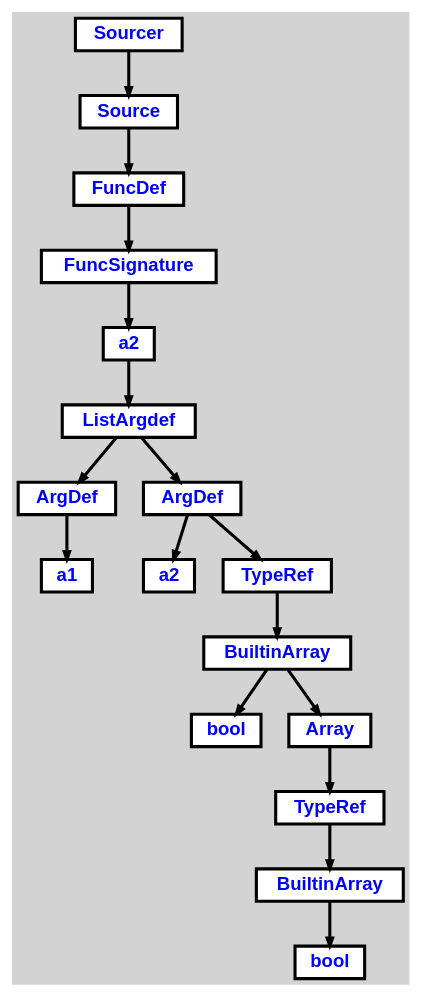
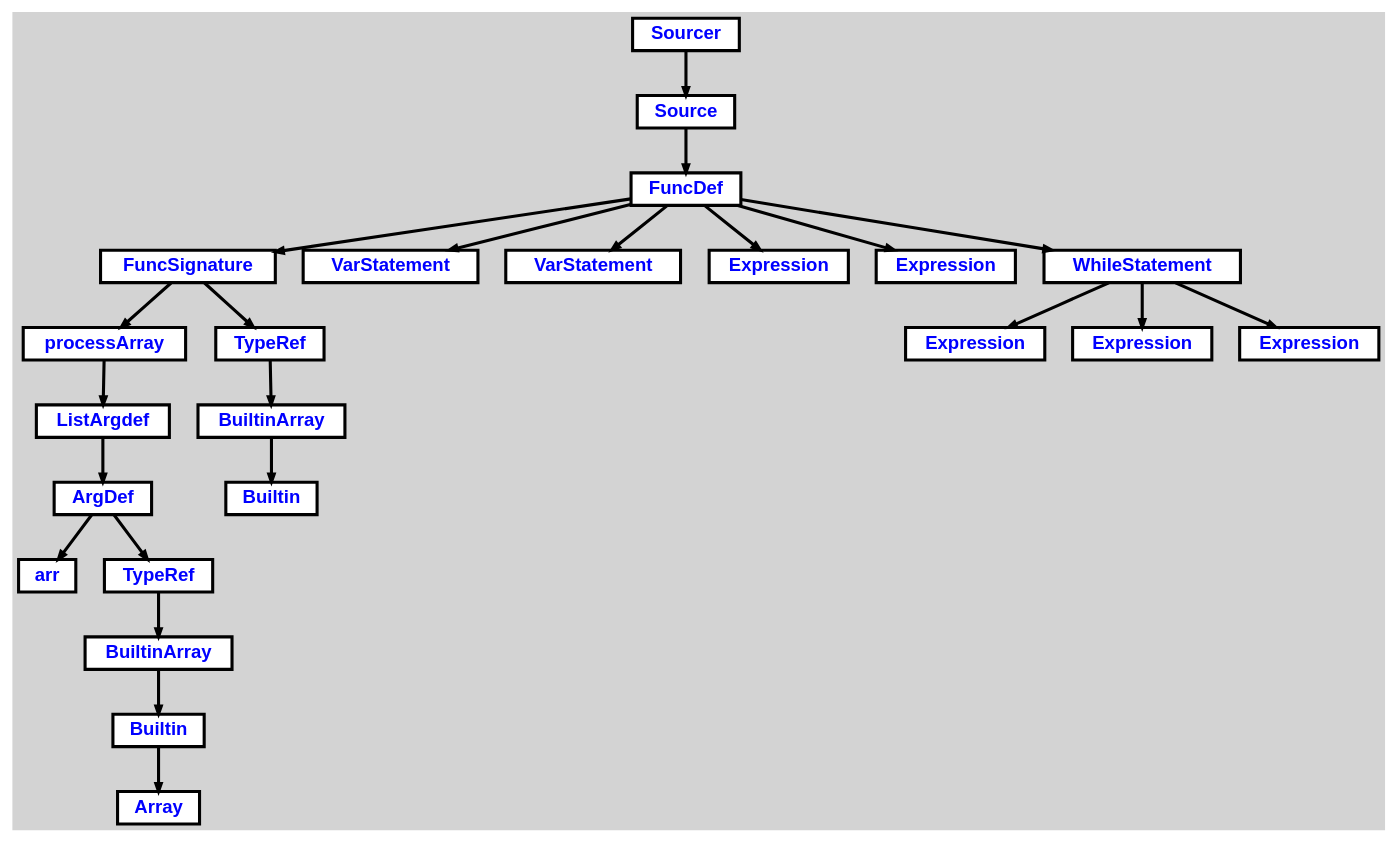
The diagram in cpoCompilerWin/tree.dot (aveen007/CountingMonkeys), drawn with Graphviz before and after one commit. The commit also changed 13 other files, not shown here.

```diff
--- a/cpoCompilerWin/tree.dot
+++ b/cpoCompilerWin/tree.dot
@@ -1,45 +1,57 @@
 digraph {
 
 	ordering=out;
 	ranksep=.4;
 	bgcolor="lightgrey";  node [shape=box, fixedsize=false, fontsize=12, fontname="Helvetica-bold", fontcolor="blue"
 	width=.25, height=.25, color="black", fillcolor="white", style="filled, solid, bold"];
 
 	edge [arrowsize=.5, color="black", style="bold"]
 
-	n0000019E21FCCC20[label="Sourcer"]
-	n0000019E21FCCAE8[label="Source"]
-	n0000019E21FCC9B0[label="FuncDef"]
-	n0000019E21FCC740[label="FuncSignature"]
-	n0000019E21FCC878[label="a2"]
-	n0000019E21FCC608[label="ListArgdef"]
-	n0000019E21FCB768[label="ArgDef"]
-	n0000019E21FCB630[label="a1"]
-	n0000019E21FCC398[label="ArgDef"]
-	n0000019E21FCBB10[label="a2"]
-	n0000019E21FCC128[label="TypeRef"]
-	n0000019E21FCC260[label="BuiltinArray"]
-	n0000019E21FCB9D8[label="bool"]
-	n0000019E21FCBC48[label="Array"]
-	n0000019E21FCBEB8[label="TypeRef"]
-	n0000019E21FCBFF0[label="BuiltinArray"]
-	n0000019E21FCBD80[label="bool"]
+	n0000018966312AA0[label="Sourcer"]
+	n0000018966312968[label="Source"]
+	n0000018966311FA8[label="FuncDef"]
+	n000001896630C7E8[label="FuncSignature"]
+	n000001896630C920[label="processArray"]
+	n000001896630C1D0[label="ListArgdef"]
+	n000001896630BF60[label="ArgDef"]
+	n000001896630B948[label="arr"]
+	n000001896630BCF0[label="TypeRef"]
+	n000001896630BE28[label="BuiltinArray"]
+	n000001896630BBB8[label="Builtin"]
+	n000001896630BA80[label="Array"]
+	n000001896630C578[label="TypeRef"]
+	n000001896630C6B0[label="BuiltinArray"]
+	n000001896630C440[label="Builtin"]
+	n000001896630CE00[label="VarStatement"]
+	n000001896630D550[label="VarStatement"]
+	n000001896630E528[label="Expression"]
+	n000001896630F158[label="Expression"]
+	n0000018966312350[label="WhileStatement"]
+	n000001896630FD88[label="Expression"]
+	n0000018966311378[label="Expression"]
+	n0000018966312830[label="Expression"]
 
-		n0000019E21FCCC20 -> n0000019E21FCCAE8		// Sourcer -> Source
-		n0000019E21FCCAE8 -> n0000019E21FCC9B0		// Source -> FuncDef
-		n0000019E21FCC9B0 -> n0000019E21FCC740		// FuncDef -> FuncSignature
-		n0000019E21FCC740 -> n0000019E21FCC878		// FuncSignature -> a2
-		n0000019E21FCC878 -> n0000019E21FCC608		// a2 -> ListArgdef
-		n0000019E21FCC608 -> n0000019E21FCB768		// ListArgdef -> ArgDef
-		n0000019E21FCB768 -> n0000019E21FCB630		// ArgDef -> a1
-		n0000019E21FCC608 -> n0000019E21FCC398		// ListArgdef -> ArgDef
-		n0000019E21FCC398 -> n0000019E21FCBB10		// ArgDef -> a2
-		n0000019E21FCC398 -> n0000019E21FCC128		// ArgDef -> TypeRef
-		n0000019E21FCC128 -> n0000019E21FCC260		// TypeRef -> BuiltinArray
-		n0000019E21FCC260 -> n0000019E21FCB9D8		// BuiltinArray -> bool
-		n0000019E21FCC260 -> n0000019E21FCBC48		// BuiltinArray -> Array
-		n0000019E21FCBC48 -> n0000019E21FCBEB8		// Array -> TypeRef
-		n0000019E21FCBEB8 -> n0000019E21FCBFF0		// TypeRef -> BuiltinArray
-		n0000019E21FCBFF0 -> n0000019E21FCBD80		// BuiltinArray -> bool
+		n0000018966312AA0 -> n0000018966312968		// Sourcer -> Source
+		n0000018966312968 -> n0000018966311FA8		// Source -> FuncDef
+		n0000018966311FA8 -> n000001896630C7E8		// FuncDef -> FuncSignature
+		n000001896630C7E8 -> n000001896630C920		// FuncSignature -> processArray
+		n000001896630C920 -> n000001896630C1D0		// processArray -> ListArgdef
+		n000001896630C1D0 -> n000001896630BF60		// ListArgdef -> ArgDef
+		n000001896630BF60 -> n000001896630B948		// ArgDef -> arr
+		n000001896630BF60 -> n000001896630BCF0		// ArgDef -> TypeRef
+		n000001896630BCF0 -> n000001896630BE28		// TypeRef -> BuiltinArray
+		n000001896630BE28 -> n000001896630BBB8		// BuiltinArray -> Builtin
+		n000001896630BBB8 -> n000001896630BA80		// Builtin -> Array
+		n000001896630C7E8 -> n000001896630C578		// FuncSignature -> TypeRef
+		n000001896630C578 -> n000001896630C6B0		// TypeRef -> BuiltinArray
+		n000001896630C6B0 -> n000001896630C440		// BuiltinArray -> Builtin
+		n0000018966311FA8 -> n000001896630CE00		// FuncDef -> VarStatement
+		n0000018966311FA8 -> n000001896630D550		// FuncDef -> VarStatement
+		n0000018966311FA8 -> n000001896630E528		// FuncDef -> Expression
+		n0000018966311FA8 -> n000001896630F158		// FuncDef -> Expression
+		n0000018966311FA8 -> n0000018966312350		// FuncDef -> WhileStatement
+		n0000018966312350 -> n000001896630FD88		// WhileStatement -> Expression
+		n0000018966312350 -> n0000018966311378		// WhileStatement -> Expression
+		n0000018966312350 -> n0000018966312830		// WhileStatement -> Expression
 
 }
```
